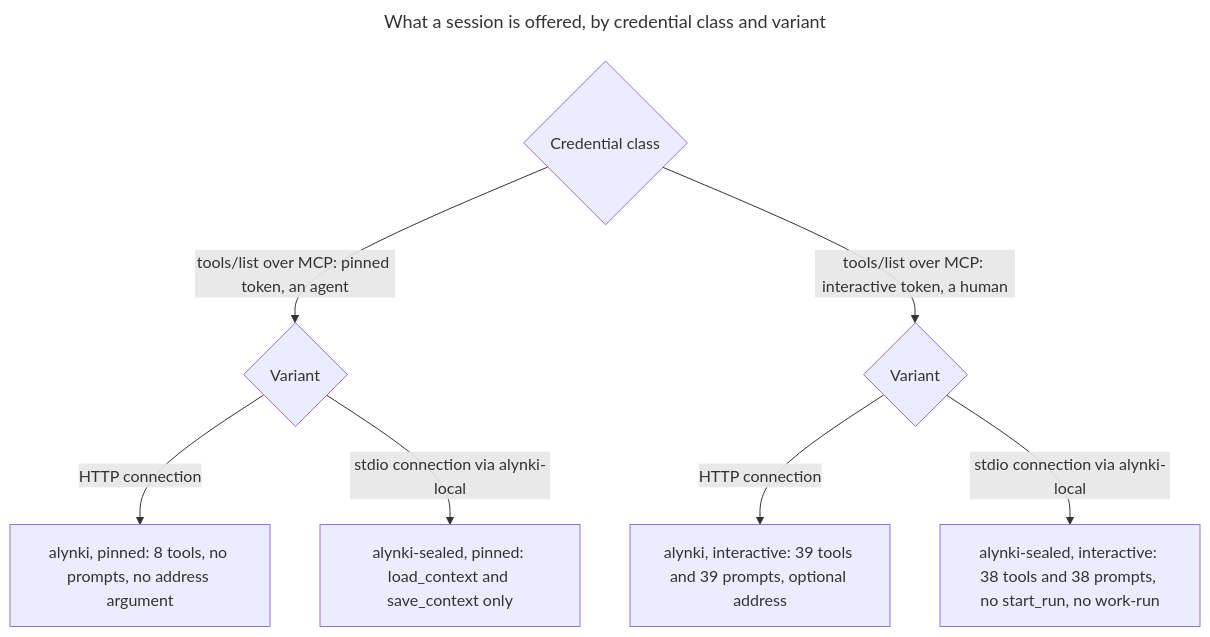
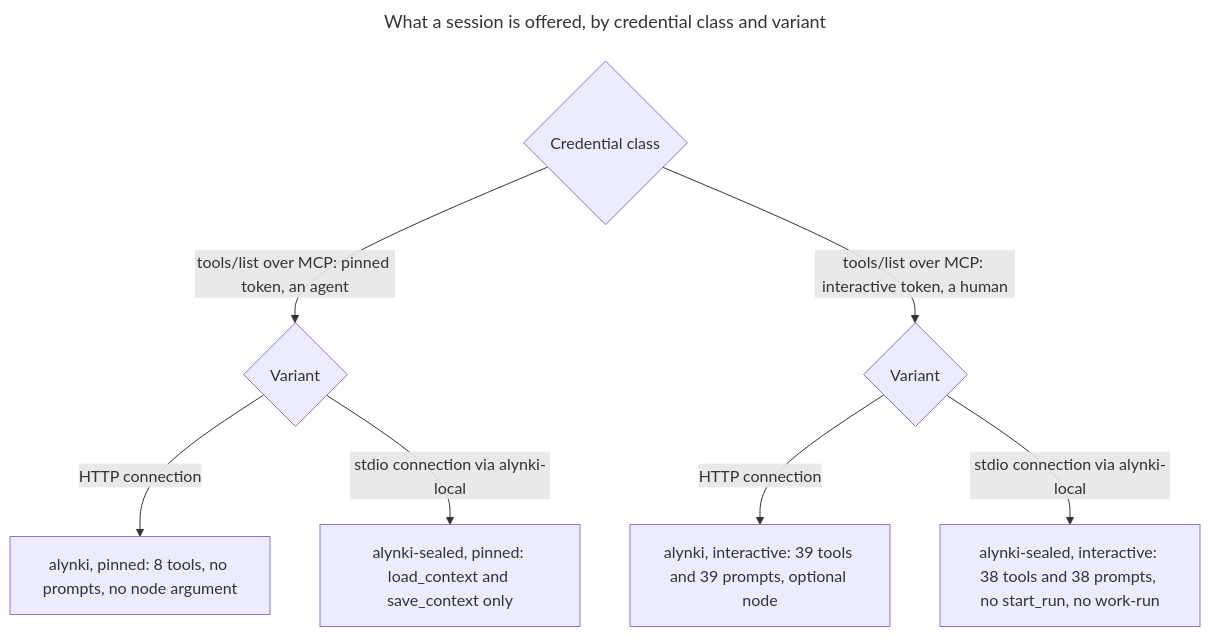
The second of 4 diagrams in README.md (alynki/plugin), drawn with Mermaid before and after one commit. The commit also changed other lines of this file and 4 other files, not shown here.

First line of the commit message:
alynki/alynki#2269 Skills and plugin wording: node, query and cursor (skills, plugin) (#65)

````diff
--- a/README.md
+++ b/README.md
@@ -200,20 +200,20 @@
 ```mermaid
 ---
 title: What a session is offered, by credential class and variant
 ---
 graph TB
   cls{"Credential class"}
   pinv{"Variant"}
   intv{"Variant"}
-  p8["alynki, pinned: 8 tools, no prompts, no address argument"]
+  p8["alynki, pinned: 8 tools, no prompts, no node argument"]
   ps["alynki-sealed, pinned: load_context and save_context only"]
-  i39["alynki, interactive: 39 tools and 39 prompts, optional address"]
+  i39["alynki, interactive: 39 tools and 39 prompts, optional node"]
   i38["alynki-sealed, interactive: 38 tools and 38 prompts, no start_run, no work-run"]
 
   cls -->|"tools/list over MCP: pinned token, an agent"| pinv
   cls -->|"tools/list over MCP: interactive token, a human"| intv
   pinv -->|"HTTP connection"| p8
   pinv -->|"stdio connection via alynki-local"| ps
   intv -->|"HTTP connection"| i39
   intv -->|"stdio connection via alynki-local"| i38
 ```
````
